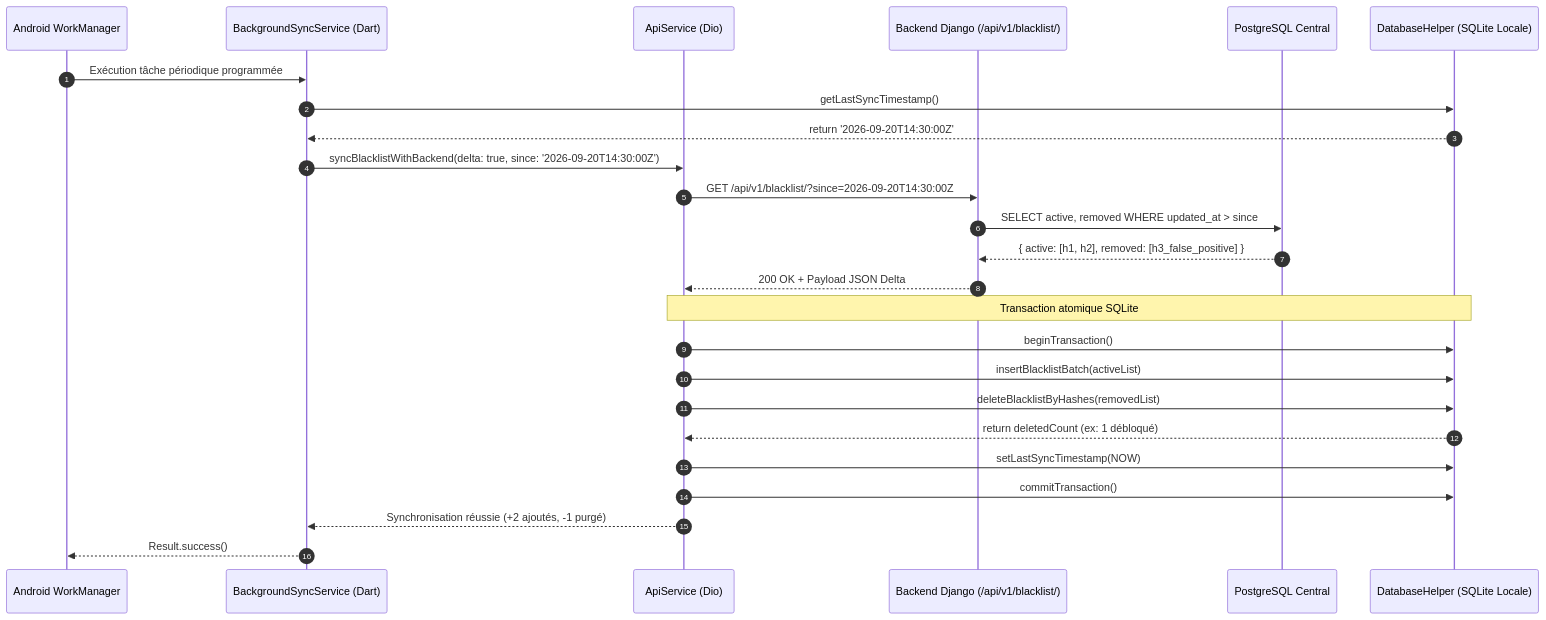
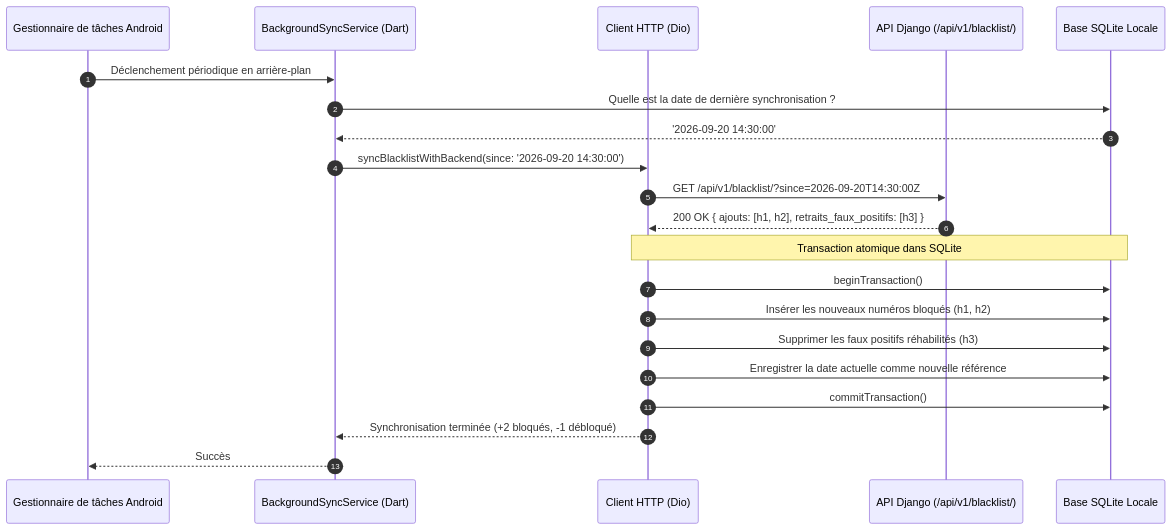
The fifth of 7 diagrams in docs/ARCHITECTURE_ET_CONCEPTION.md (fadelilyas01/Projet-Synth-se), drawn with Mermaid before and after one commit. The commit also changed other lines of this file and 5 other files, not shown here.

````diff
--- a/docs/ARCHITECTURE_ET_CONCEPTION.md
+++ b/docs/ARCHITECTURE_ET_CONCEPTION.md
@@ -305,32 +305,27 @@
 ```mermaid
 sequenceDiagram
     autonumber
-    participant Workmanager as Android WorkManager
+    participant Workmanager as Gestionnaire de tâches Android
     participant SyncService as BackgroundSyncService (Dart)
-    participant ApiService as ApiService (Dio)
-    participant DjangoAPI as Backend Django (/api/v1/blacklist/)
-    participant CentralDB as PostgreSQL Central
-    participant LocalDB as DatabaseHelper (SQLite Locale)
+    participant ApiService as Client HTTP (Dio)
+    participant DjangoAPI as API Django (/api/v1/blacklist/)
+    participant LocalDB as Base SQLite Locale
 
-    Workmanager->>SyncService: Exécution tâche périodique programmée
-    SyncService->>LocalDB: getLastSyncTimestamp()
-    LocalDB-->>SyncService: return '2026-09-20T14:30:00Z'
+    Workmanager->>SyncService: Déclenchement périodique en arrière-plan
+    SyncService->>LocalDB: Quelle est la date de dernière synchronisation ?
+    LocalDB-->>SyncService: '2026-09-20 14:30:00'
     
-    SyncService->>ApiService: syncBlacklistWithBackend(delta: true, since: '2026-09-20T14:30:00Z')
+    SyncService->>ApiService: syncBlacklistWithBackend(since: '2026-09-20 14:30:00')
     ApiService->>DjangoAPI: GET /api/v1/blacklist/?since=2026-09-20T14:30:00Z
-    DjangoAPI->>CentralDB: SELECT active, removed WHERE updated_at > since
-    CentralDB-->>DjangoAPI: { active: [h1, h2], removed: [h3_false_positive] }
-    DjangoAPI-->>ApiService: 200 OK + Payload JSON Delta
+    DjangoAPI-->>ApiService: 200 OK { ajouts: [h1, h2], retraits_faux_positifs: [h3] }
     
-    %% Transaction locale SQLite
-    Note over ApiService,LocalDB: Transaction atomique SQLite
+    Note over ApiService,LocalDB: Transaction atomique dans SQLite
     ApiService->>LocalDB: beginTransaction()
-    ApiService->>LocalDB: insertBlacklistBatch(activeList)
-    ApiService->>LocalDB: deleteBlacklistByHashes(removedList)
-    LocalDB-->>ApiService: return deletedCount (ex: 1 débloqué)
-    ApiService->>LocalDB: setLastSyncTimestamp(NOW)
+    ApiService->>LocalDB: Insérer les nouveaux numéros bloqués (h1, h2)
+    ApiService->>LocalDB: Supprimer les faux positifs réhabilités (h3)
+    ApiService->>LocalDB: Enregistrer la date actuelle comme nouvelle référence
     ApiService->>LocalDB: commitTransaction()
     
-    ApiService-->>SyncService: Synchronisation réussie (+2 ajoutés, -1 purgé)
-    SyncService-->>Workmanager: Result.success()
+    ApiService-->>SyncService: Synchronisation terminée (+2 bloqués, -1 débloqué)
+    SyncService-->>Workmanager: Succès
 ```
````
